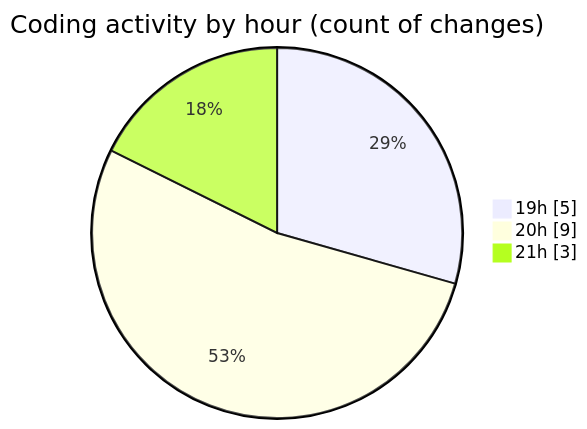
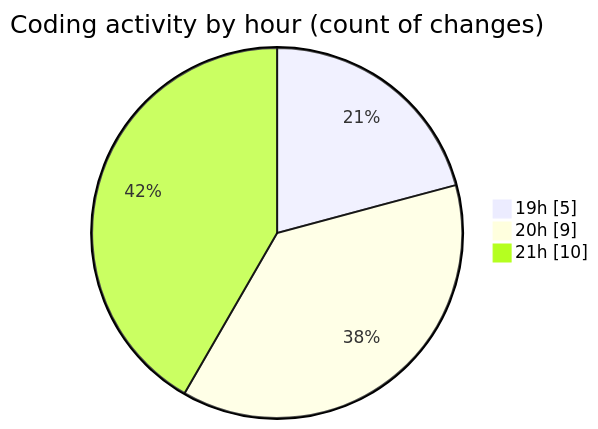
Before and after one commit to charlie-sans/code-tracking: the second of 2 diagrams in 2025-02-19/micros/README.md, drawn with Mermaid. The commit also changed other lines of this file and 1 other file, not shown here.

````diff
--- a/2025-02-19/micros/README.md
+++ b/2025-02-19/micros/README.md
@@ -37,7 +38,7 @@
 ```mermaid
 pie showData
 title Coding activity by hour (count of changes)
 "19h" : 5
 "20h" : 9
-"21h" : 3
+"21h" : 10
 ```
````
